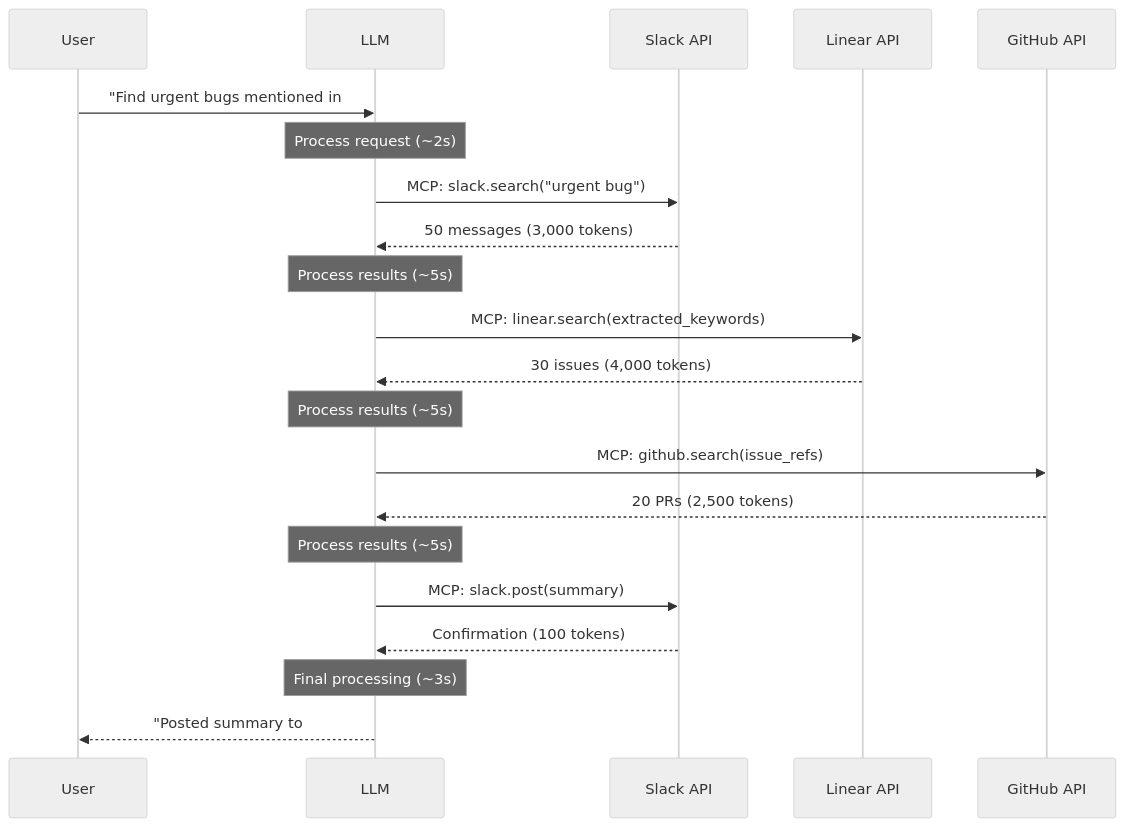
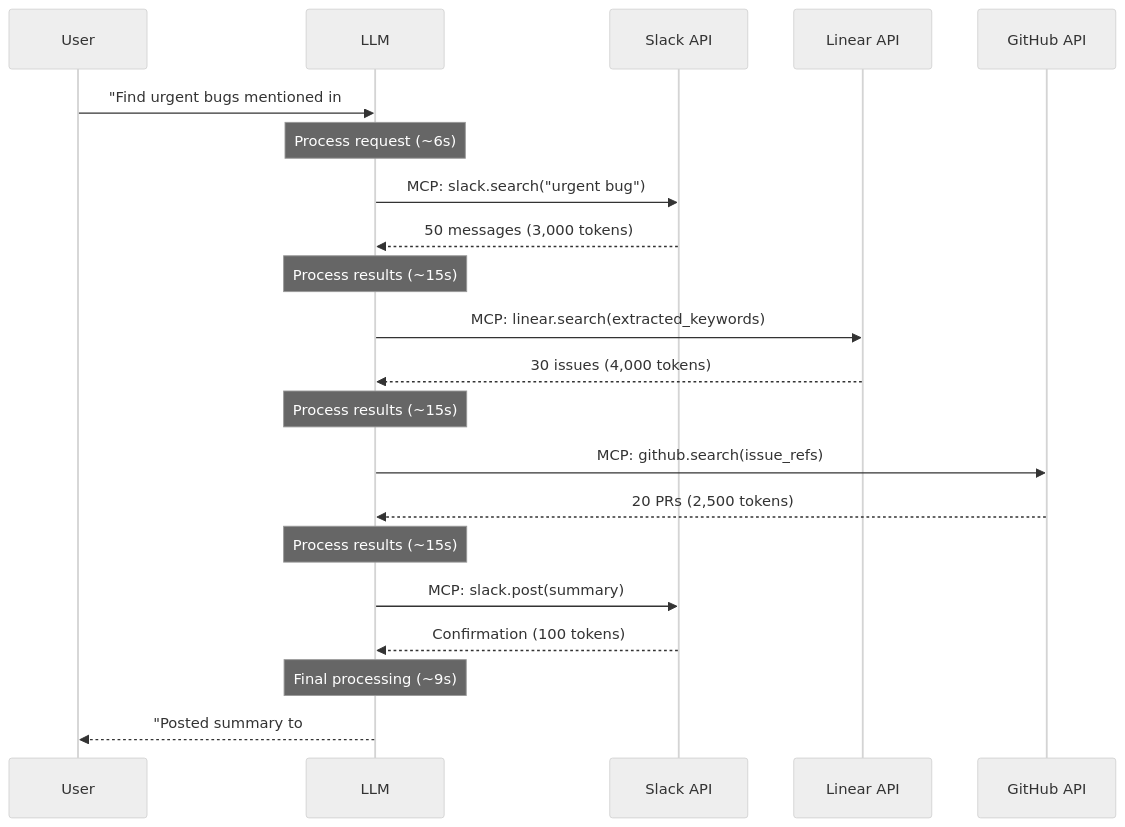
One commit to kb4ai/mcp-considered-suboptimal-pub-kb changed the first of 2 diagrams in time-travel-latency.md. Above: the diagram before and after it, drawn with Mermaid (neutral theme). The commit also changed other lines of this file, not shown here.

First line of the commit message:
Increase LLM latency estimates 3x for realistic context windows

````diff
--- a/time-travel-latency.md
+++ b/time-travel-latency.md
@@ -41,29 +41,29 @@
 ```mermaid
 sequenceDiagram
     participant User
     participant LLM
     participant API1 as Slack API
     participant API2 as Linear API
     participant API3 as GitHub API
 
     User->>LLM: "Find urgent bugs mentioned in #engineering"
 
-    Note over LLM: Process request (~2s)
+    Note over LLM: Process request (~6s)
     LLM->>API1: MCP: slack.search("urgent bug")
     API1-->>LLM: 50 messages (3,000 tokens)
 
-    Note over LLM: Process results (~5s)
+    Note over LLM: Process results (~15s)
     LLM->>API2: MCP: linear.search(extracted_keywords)
     API2-->>LLM: 30 issues (4,000 tokens)
 
-    Note over LLM: Process results (~5s)
+    Note over LLM: Process results (~15s)
     LLM->>API3: MCP: github.search(issue_refs)
     API3-->>LLM: 20 PRs (2,500 tokens)
 
-    Note over LLM: Process results (~5s)
+    Note over LLM: Process results (~15s)
     LLM->>API1: MCP: slack.post(summary)
     API1-->>LLM: Confirmation (100 tokens)
 
-    Note over LLM: Final processing (~3s)
+    Note over LLM: Final processing (~9s)
     LLM-->>User: "Posted summary to #engineering"
 ```
````
